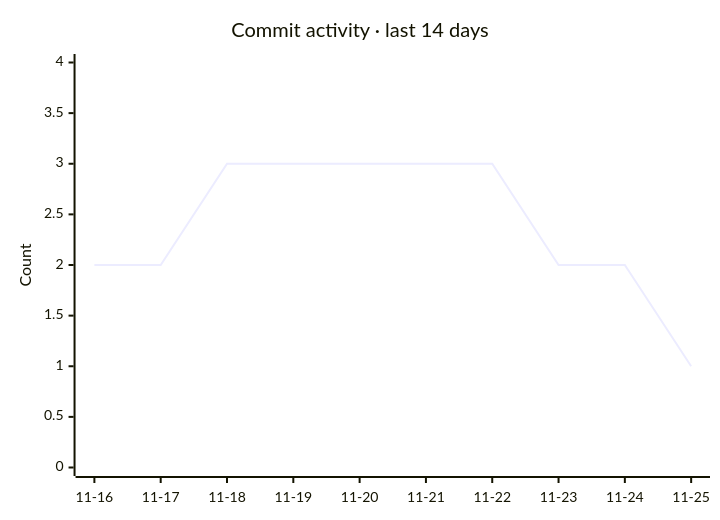
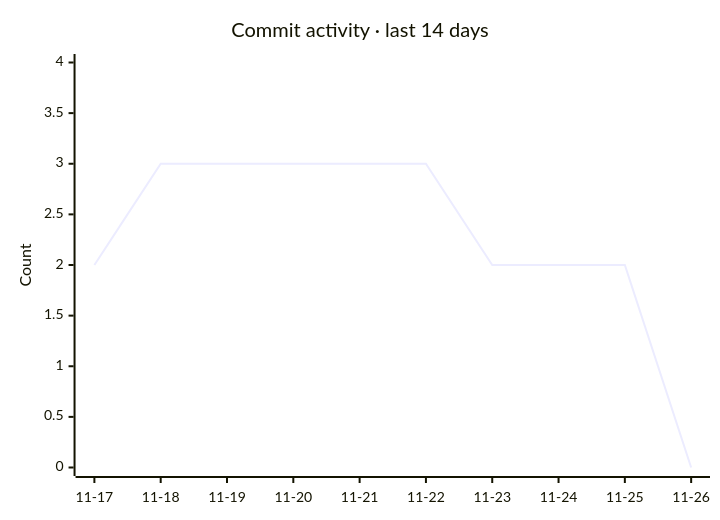
The second of 2 diagrams in README.md (razzaqinspires/whiskay-bot), drawn with Mermaid before and after one commit. The commit also changed other lines of this file and 2 other files, not shown here.

Commit message:
chore(metrics): refresh GitHub traffic and update timestamp [skip ci]

````diff
--- a/README.md
+++ b/README.md
@@ -329,7 +329,7 @@
 ```mermaid
 xychart-beta
     title "Commit activity · last 14 days"
-    x-axis ["11-16", "11-17", "11-18", "11-19", "11-20", "11-21", "11-22", "11-23", "11-24", "11-25"]
+    x-axis ["11-17", "11-18", "11-19", "11-20", "11-21", "11-22", "11-23", "11-24", "11-25", "11-26"]
     y-axis "Count" 0 --> 4
-    line [2, 2, 3, 3, 3, 3, 3, 2, 2, 1]
+    line [2, 3, 3, 3, 3, 3, 2, 2, 2, 0]
 ```
````
